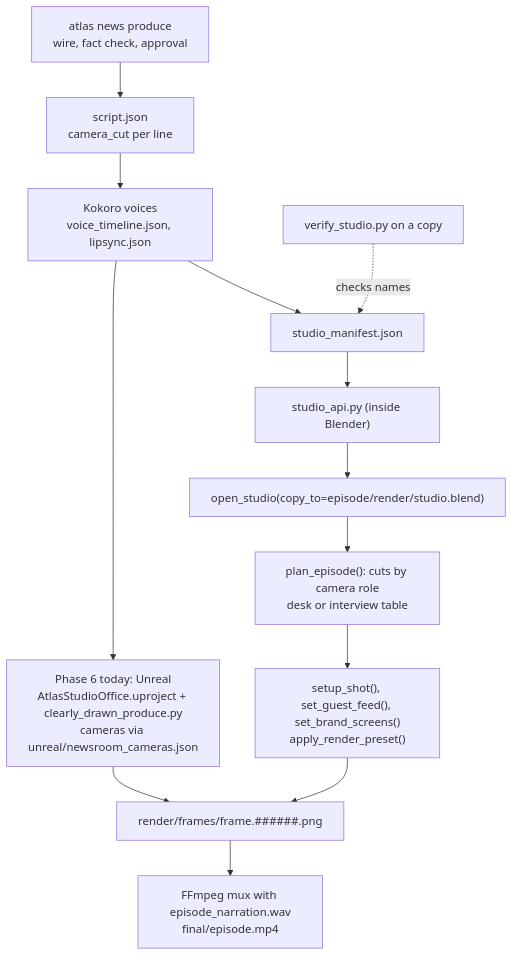
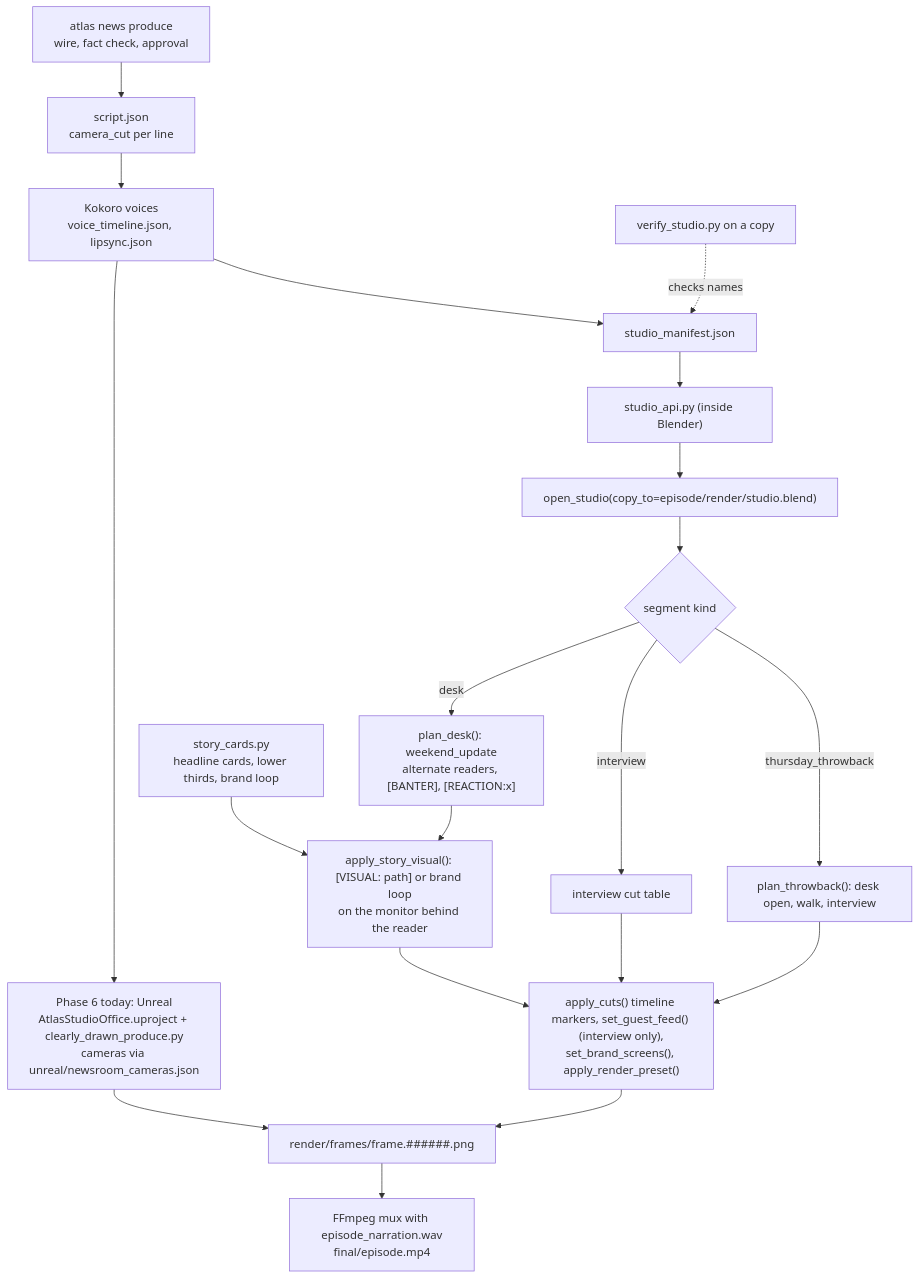
The first of 2 diagrams in docs/BLENDER_STUDIO.md (Snapwave333/Clearly-Drawn-News), drawn with Mermaid before and after one commit. The commit also changed other lines of this file and 1 other file, not shown here.

Commit message:
docs: weekend_update style, story visuals, throwback sequence, updated diagrams

````diff
--- a/docs/BLENDER_STUDIO.md
+++ b/docs/BLENDER_STUDIO.md
@@ -36,15 +45,23 @@
 ```mermaid
 flowchart TD
     A["atlas news produce<br/>wire, fact check, approval"] --> B["script.json<br/>camera_cut per line"]
     B --> C["Kokoro voices<br/>voice_timeline.json, lipsync.json"]
     C --> U["Phase 6 today: Unreal<br/>AtlasStudioOffice.uproject + clearly_drawn_produce.py<br/>cameras via unreal/newsroom_cameras.json"]
     C --> M["studio_manifest.json"]
     M --> S["studio_api.py (inside Blender)"]
     S --> K["open_studio(copy_to=episode/render/studio.blend)"]
-    K --> P["plan_episode(): cuts by camera role<br/>desk or interview table"]
-    P --> Q["setup_shot(), set_guest_feed(), set_brand_screens()<br/>apply_render_preset()"]
+    K --> P{"segment kind"}
+    P -->|desk| WU["plan_desk(): weekend_update<br/>alternate readers, [BANTER], [REACTION:x]"]
+    P -->|interview| IV2["interview cut table"]
+    P -->|thursday_throwback| TB["plan_throwback(): desk open, walk, interview"]
+    WU --> SV["apply_story_visual(): [VISUAL: path] or brand loop<br/>on the monitor behind the reader"]
+    SC["story_cards.py<br/>headline cards, lower thirds, brand loop"] --> SV
+    IV2 --> Q
+    TB --> Q
+    SV --> Q
+    Q["apply_cuts() timeline markers, set_guest_feed() (interview only),<br/>set_brand_screens(), apply_render_preset()"]
     Q --> F["render/frames/frame.######.png"]
     U --> F
     F --> G["FFmpeg mux with episode_narration.wav<br/>final/episode.mp4"]
     V["verify_studio.py on a copy"] -. checks names .-> M
 ```
````
